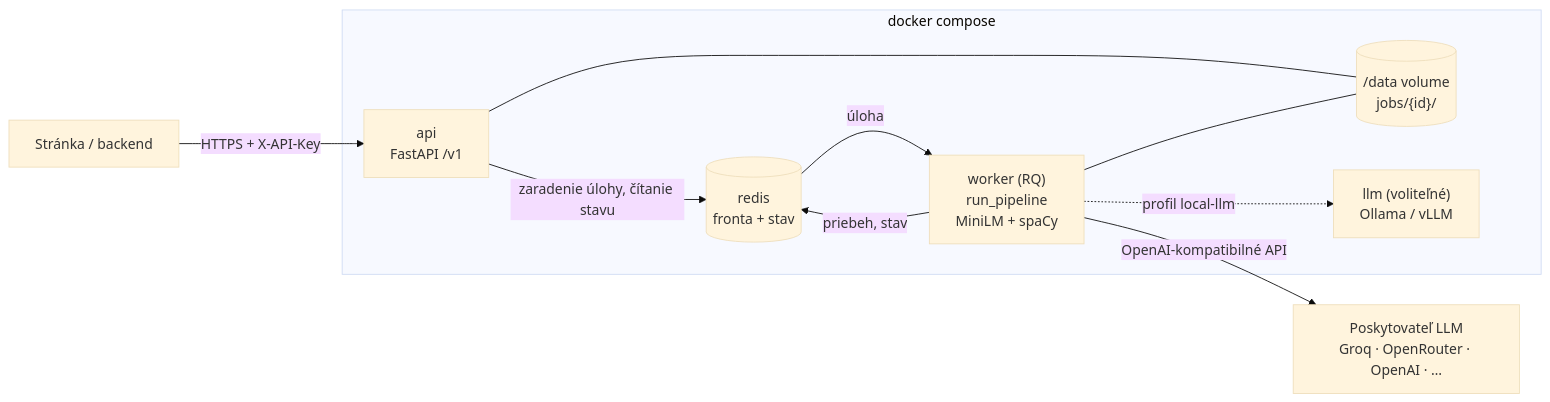
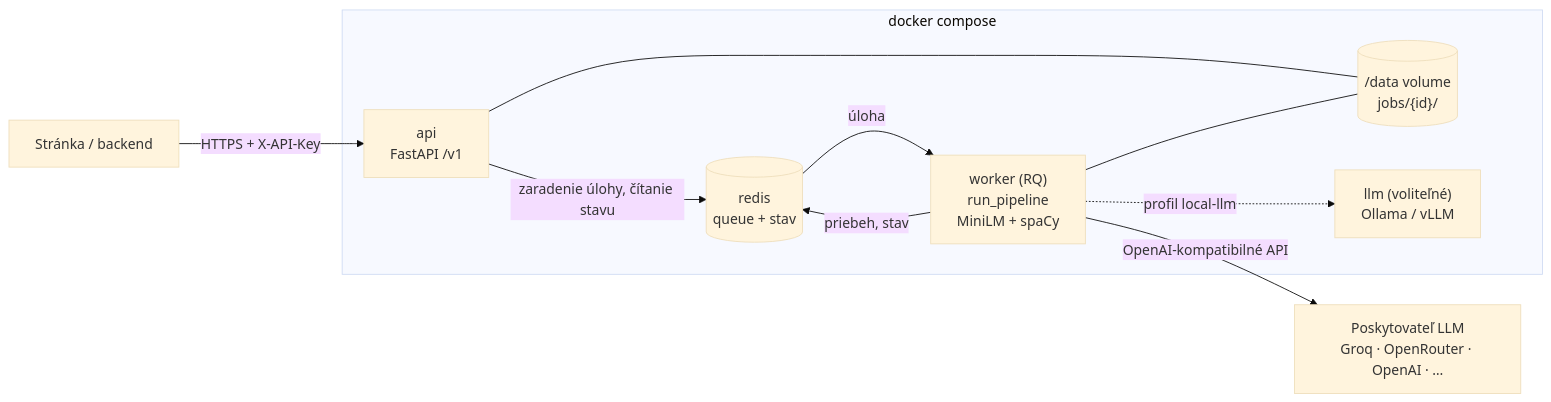
One commit to Matik080/LO-Generator changed the second of 3 diagrams in docs/api-design.md. Above: the diagram before and after it, drawn with Mermaid (base theme). The commit also changed other lines of this file and 1 other file, not shown here.

Commit message:
Wording changes in MD documents

````diff
--- a/docs/api-design.md
+++ b/docs/api-design.md
@@ -177,16 +177,16 @@
 ```mermaid
 flowchart LR
     P["Stránka / backend"] -- "HTTPS + X-API-Key" --> API
 
     subgraph SVC["docker compose"]
-        API["api<br/>FastAPI /v1"] -- "zaradenie úlohy, čítanie stavu" --> R[("redis<br/>fronta + stav")]
+        API["api<br/>FastAPI /v1"] -- "zaradenie úlohy, čítanie stavu" --> R[("redis<br/>queue + stav")]
         R -- "úloha" --> W["worker (RQ)<br/>run_pipeline<br/>MiniLM + spaCy"]
         W -- "priebeh, stav" --> R
         API --- D[("/data volume<br/>jobs/{id}/")]
         W --- D
         L["llm (voliteľné)<br/>Ollama / vLLM"]
     end
 
     W -- "OpenAI-kompatibilné API" --> EXT["Poskytovateľ LLM<br/>Groq · OpenRouter · OpenAI · …"]
     W -. "profil local-llm" .-> L
 ```
````
